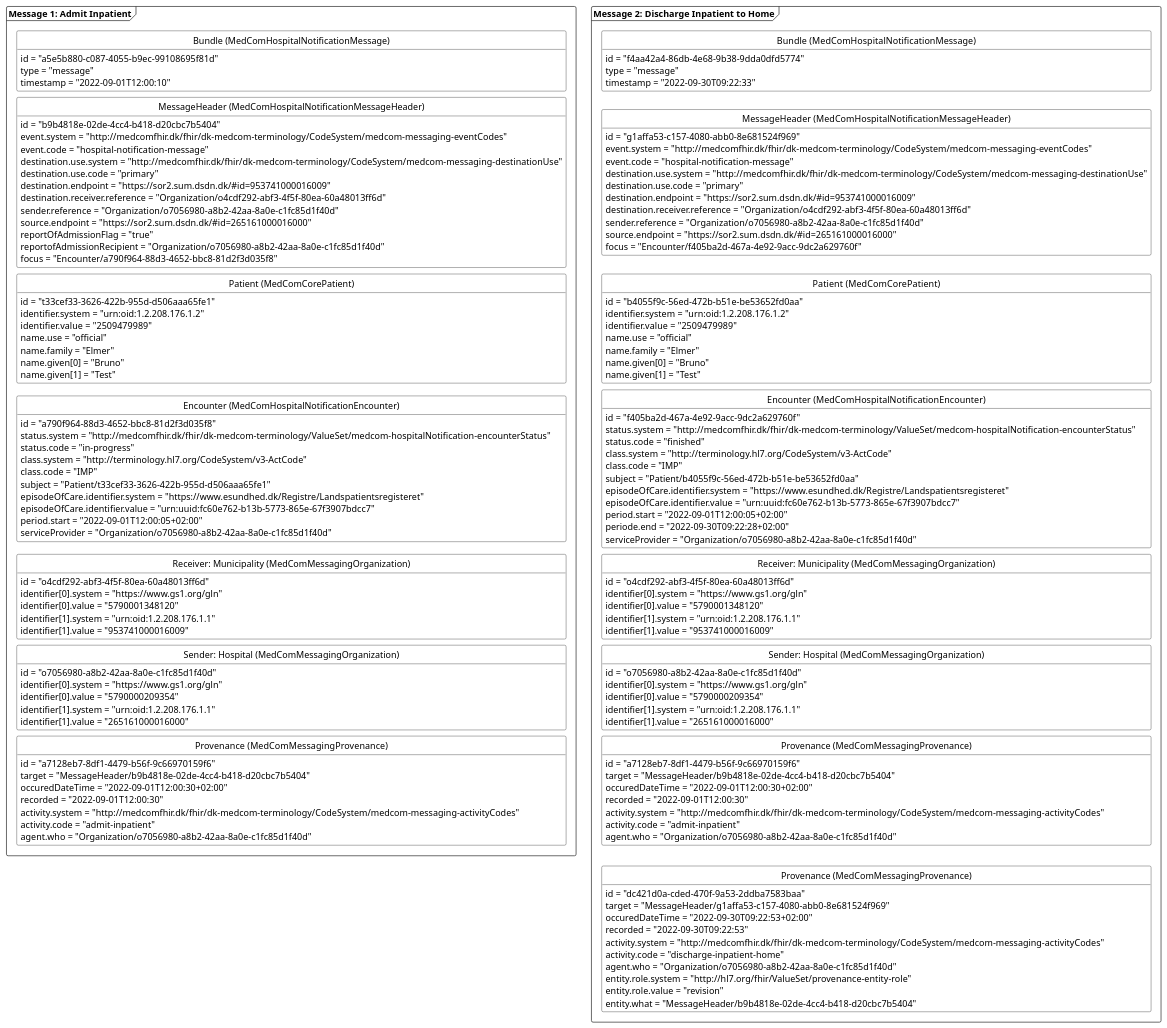
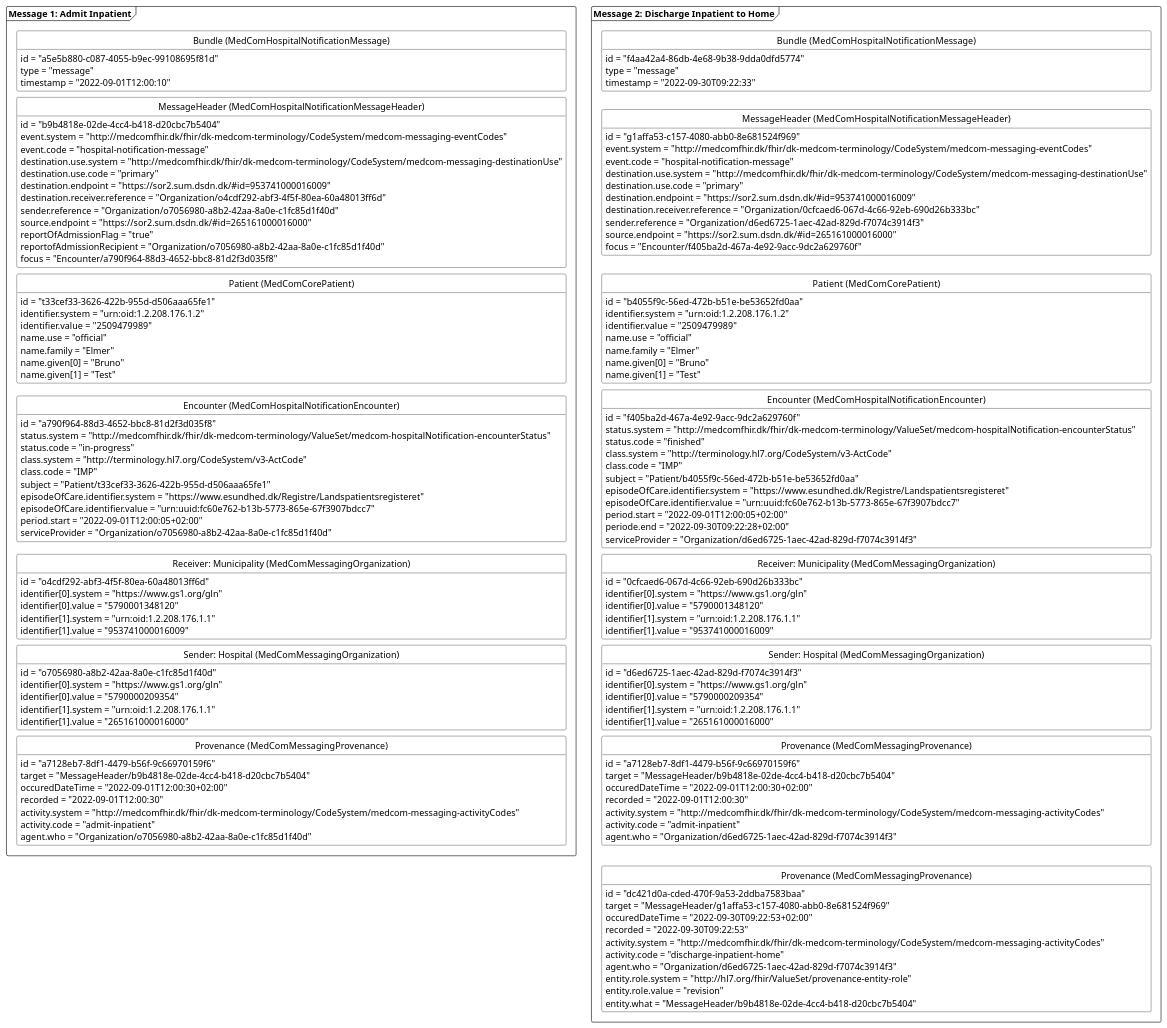
One commit to medcomdk/dk-medcom-hospitalnotification changed the diagram in puml/HospitalNotificationAdmitFinish.puml. Above: the diagram before and after it, drawn with PlantUML. The commit also changed 3 other files, not shown here.

```diff
--- a/puml/HospitalNotificationAdmitFinish.puml
+++ b/puml/HospitalNotificationAdmitFinish.puml
@@ -1,176 +1,176 @@
 @startuml HNAdmitInPat
 
 'layout
 skinparam class {
     BackgroundColor White
     BorderColor Black
     ArrowColor Black
   }
 hide circle
 hide empty members
 skinparam SameClassWidth true
 skinparam Ranksep 10
 
 'Message 1: Admit inpatient
 package "Message 1: Admit Inpatient" as admit <<Frame>>{
     class "Bundle (MedComHospitalNotificationMessage)" as admitB{
         id = "a5e5b880-c087-4055-b9ec-99108695f81d"
         type = "message"
         timestamp = "2022-09-01T12:00:10"
     }
     class "MessageHeader (MedComHospitalNotificationMessageHeader)" as admitMH{
         id = "b9b4818e-02de-4cc4-b418-d20cbc7b5404"
         event.system = "http://medcomfhir.dk/fhir/dk-medcom-terminology/CodeSystem/medcom-messaging-eventCodes"
         event.code = "hospital-notification-message"
         destination.use.system = "http://medcomfhir.dk/fhir/dk-medcom-terminology/CodeSystem/medcom-messaging-destinationUse"
         destination.use.code = "primary"
         destination.endpoint = "https://sor2.sum.dsdn.dk/#id=953741000016009"
         destination.receiver.reference = "Organization/o4cdf292-abf3-4f5f-80ea-60a48013ff6d"
         sender.reference = "Organization/o7056980-a8b2-42aa-8a0e-c1fc85d1f40d"
         source.endpoint = "https://sor2.sum.dsdn.dk/#id=265161000016000"
         reportOfAdmissionFlag = "true"
         reportofAdmissionRecipient = "Organization/o7056980-a8b2-42aa-8a0e-c1fc85d1f40d"
         focus = "Encounter/a790f964-88d3-4652-bbc8-81d2f3d035f8"
     }
     class "Patient (MedComCorePatient)" as admitPT{
         id = "t33cef33-3626-422b-955d-d506aaa65fe1"
         identifier.system = "urn:oid:1.2.208.176.1.2"
         identifier.value = "2509479989"
         name.use = "official"
         name.family = "Elmer"
         name.given[0] = "Bruno"
         name.given[1] = "Test"
     }
     class "Encounter (MedComHospitalNotificationEncounter)" as admitENC{
         id = "a790f964-88d3-4652-bbc8-81d2f3d035f8"
         status.system = "http://medcomfhir.dk/fhir/dk-medcom-terminology/ValueSet/medcom-hospitalNotification-encounterStatus"
         status.code = "in-progress"
         class.system = "http://terminology.hl7.org/CodeSystem/v3-ActCode"
         class.code = "IMP"
         subject = "Patient/t33cef33-3626-422b-955d-d506aaa65fe1"
         episodeOfCare.identifier.system = "https://www.esundhed.dk/Registre/Landspatientsregisteret"
         episodeOfCare.identifier.value = "urn:uuid:fc60e762-b13b-5773-865e-67f3907bdcc7"
         period.start = "2022-09-01T12:00:05+02:00"
         serviceProvider = "Organization/o7056980-a8b2-42aa-8a0e-c1fc85d1f40d"
     }    
     class "Receiver: Municipality (MedComMessagingOrganization)" as admitROrg{
         id = "o4cdf292-abf3-4f5f-80ea-60a48013ff6d"
         identifier[0].system = "https://www.gs1.org/gln"
         identifier[0].value = "5790001348120"
         identifier[1].system = "urn:oid:1.2.208.176.1.1"
         identifier[1].value = "953741000016009"
     }
     class "Sender: Hospital (MedComMessagingOrganization)" as admitSOrg{
         id = "o7056980-a8b2-42aa-8a0e-c1fc85d1f40d"
         identifier[0].system = "https://www.gs1.org/gln"
         identifier[0].value = "5790000209354"
         identifier[1].system = "urn:oid:1.2.208.176.1.1"
         identifier[1].value = "265161000016000"
     }
     class "Provenance  (MedComMessagingProvenance)" as admitPRO{
         id = "a7128eb7-8df1-4479-b56f-9c66970159f6"
         target = "MessageHeader/b9b4818e-02de-4cc4-b418-d20cbc7b5404"
         occuredDateTime = "2022-09-01T12:00:30+02:00"
         recorded = "2022-09-01T12:00:30"
         activity.system = "http://medcomfhir.dk/fhir/dk-medcom-terminology/CodeSystem/medcom-messaging-activityCodes"
         activity.code = "admit-inpatient"
         agent.who = "Organization/o7056980-a8b2-42aa-8a0e-c1fc85d1f40d"
     }
 
 admitB -[hidden]- admitMH
 admitMH-[hidden]-admitPT
 admitPT-[hidden]-admitENC
 admitENC-[hidden]-admitROrg
 admitROrg-[hidden]-admitSOrg
 admitSOrg-[hidden]-admitPRO
 }
 
 package "Message 2: Discharge Inpatient to Home" as finished <<Frame>>{
     class "Bundle  (MedComHospitalNotificationMessage)" as finishedB{
         id = "f4aa42a4-86db-4e68-9b38-9dda0dfd5774"
         type = "message"
         timestamp = "2022-09-30T09:22:33"
     }
     class "MessageHeader  (MedComHospitalNotificationMessageHeader)" as finishedMH{
         id = "g1affa53-c157-4080-abb0-8e681524f969"
         event.system = "http://medcomfhir.dk/fhir/dk-medcom-terminology/CodeSystem/medcom-messaging-eventCodes"
         event.code = "hospital-notification-message"
         destination.use.system = "http://medcomfhir.dk/fhir/dk-medcom-terminology/CodeSystem/medcom-messaging-destinationUse"
         destination.use.code = "primary"
         destination.endpoint = "https://sor2.sum.dsdn.dk/#id=953741000016009"
-        destination.receiver.reference = "Organization/o4cdf292-abf3-4f5f-80ea-60a48013ff6d"
-        sender.reference = "Organization/o7056980-a8b2-42aa-8a0e-c1fc85d1f40d"
+        destination.receiver.reference = "Organization/0cfcaed6-067d-4c66-92eb-690d26b333bc"
+        sender.reference = "Organization/d6ed6725-1aec-42ad-829d-f7074c3914f3"
         source.endpoint = "https://sor2.sum.dsdn.dk/#id=265161000016000"
         focus = "Encounter/f405ba2d-467a-4e92-9acc-9dc2a629760f"
     }
     class "Patient  (MedComCorePatient)" as finishedPT{
         id = "b4055f9c-56ed-472b-b51e-be53652fd0aa"
         identifier.system = "urn:oid:1.2.208.176.1.2"
         identifier.value = "2509479989"
         name.use = "official"
         name.family = "Elmer"
         name.given[0] = "Bruno"
         name.given[1] = "Test"
     }
     class "Encounter  (MedComHospitalNotificationEncounter)" as finishedENC{
         id = "f405ba2d-467a-4e92-9acc-9dc2a629760f"
         status.system = "http://medcomfhir.dk/fhir/dk-medcom-terminology/ValueSet/medcom-hospitalNotification-encounterStatus"
         status.code = "finished"
         class.system = "http://terminology.hl7.org/CodeSystem/v3-ActCode"
         class.code = "IMP"
         subject = "Patient/b4055f9c-56ed-472b-b51e-be53652fd0aa"
         episodeOfCare.identifier.system = "https://www.esundhed.dk/Registre/Landspatientsregisteret"
         episodeOfCare.identifier.value = "urn:uuid:fc60e762-b13b-5773-865e-67f3907bdcc7"
         period.start = "2022-09-01T12:00:05+02:00"
         periode.end = "2022-09-30T09:22:28+02:00"
-        serviceProvider = "Organization/o7056980-a8b2-42aa-8a0e-c1fc85d1f40d"
+        serviceProvider = "Organization/d6ed6725-1aec-42ad-829d-f7074c3914f3"
     } 
     class "Receiver: Municipality (MedComMessagingOrganization)" as finishedROrg{
-        id = "o4cdf292-abf3-4f5f-80ea-60a48013ff6d"
+        id = "0cfcaed6-067d-4c66-92eb-690d26b333bc"
         identifier[0].system = "https://www.gs1.org/gln"
         identifier[0].value = "5790001348120"
         identifier[1].system = "urn:oid:1.2.208.176.1.1"
         identifier[1].value = "953741000016009"
     }
     class "Sender: Hospital (MedComMessagingOrganization)" as finishedSOrg{
-        id = "o7056980-a8b2-42aa-8a0e-c1fc85d1f40d"
+        id = "d6ed6725-1aec-42ad-829d-f7074c3914f3"
         identifier[0].system = "https://www.gs1.org/gln"
         identifier[0].value = "5790000209354"
         identifier[1].system = "urn:oid:1.2.208.176.1.1"
         identifier[1].value = "265161000016000"
     } 
     class "Provenance (MedComMessagingProvenance)" as admitfinishedPRO{
         id = "a7128eb7-8df1-4479-b56f-9c66970159f6"
         target = "MessageHeader/b9b4818e-02de-4cc4-b418-d20cbc7b5404"
         occuredDateTime = "2022-09-01T12:00:30+02:00"
         recorded = "2022-09-01T12:00:30"
         activity.system = "http://medcomfhir.dk/fhir/dk-medcom-terminology/CodeSystem/medcom-messaging-activityCodes"
         activity.code = "admit-inpatient"
-        agent.who = "Organization/o7056980-a8b2-42aa-8a0e-c1fc85d1f40d"
+        agent.who = "Organization/d6ed6725-1aec-42ad-829d-f7074c3914f3"
     }
     class "Provenance (MedComMessagingProvenance)" as finishedPRO{
         id = "dc421d0a-cded-470f-9a53-2ddba7583baa"
         target = "MessageHeader/g1affa53-c157-4080-abb0-8e681524f969"
         occuredDateTime = "2022-09-30T09:22:53+02:00"
         recorded = "2022-09-30T09:22:53"
         activity.system = "http://medcomfhir.dk/fhir/dk-medcom-terminology/CodeSystem/medcom-messaging-activityCodes"
         activity.code = "discharge-inpatient-home"
-        agent.who = "Organization/o7056980-a8b2-42aa-8a0e-c1fc85d1f40d"
+        agent.who = "Organization/d6ed6725-1aec-42ad-829d-f7074c3914f3"
         entity.role.system = "http://hl7.org/fhir/ValueSet/provenance-entity-role"
         entity.role.value = "revision"
         entity.what = "MessageHeader/b9b4818e-02de-4cc4-b418-d20cbc7b5404"
     }
 finishedB-[hidden]-finishedMH
 finishedMH-[hidden]-finishedPT
 finishedPT-[hidden]-finishedENC
 finishedENC-[hidden]-finishedROrg
 finishedROrg-[hidden]-finishedSOrg
 finishedSOrg-[hidden]-admitfinishedPRO
 admitfinishedPRO-[hidden]-finishedPRO
 
 }
 ' pile mellem de to beskeder
 ' admit --> finished
 
 
 @enduml
```
